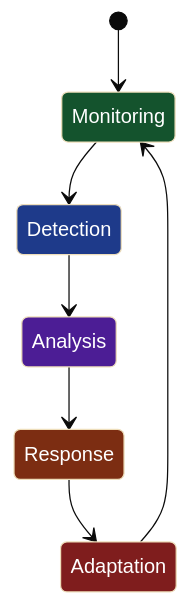
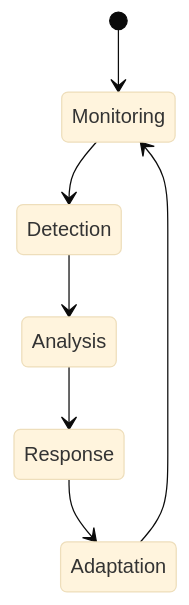
One commit to kongali1720/kongali1720 changed the fourth of 4 diagrams in README.md. Above: the diagram before and after it, drawn with Mermaid (base theme). The commit also changed other lines of this file, not shown here.

````diff
--- a/README.md
+++ b/README.md
@@ -243,16 +111,9 @@
 ```mermaid
 stateDiagram-v2
-
-[*] --> Monitoring:::green
-Monitoring --> Detection:::blue
-Detection --> Analysis:::purple
-Analysis --> Response:::orange
-Response --> Adaptation:::red
-Adaptation --> Monitoring:::green
-
-classDef green fill:#14532d,color:#fff
-classDef blue fill:#1e3a8a,color:#fff
-classDef purple fill:#4c1d95,color:#fff
-classDef orange fill:#7c2d12,color:#fff
-classDef red fill:#7f1d1d,color:#fff
+    [*] --> Monitoring
+    Monitoring --> Detection
+    Detection --> Analysis
+    Analysis --> Response
+    Response --> Adaptation
+    Adaptation --> Monitoring
 ```
````
